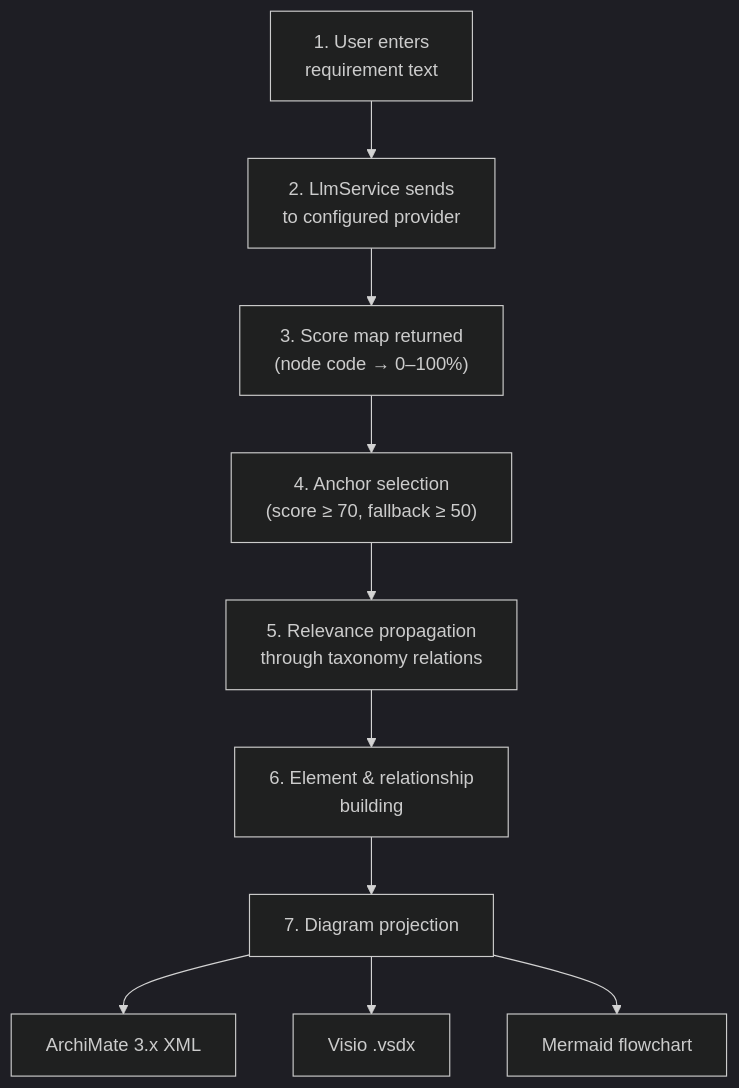
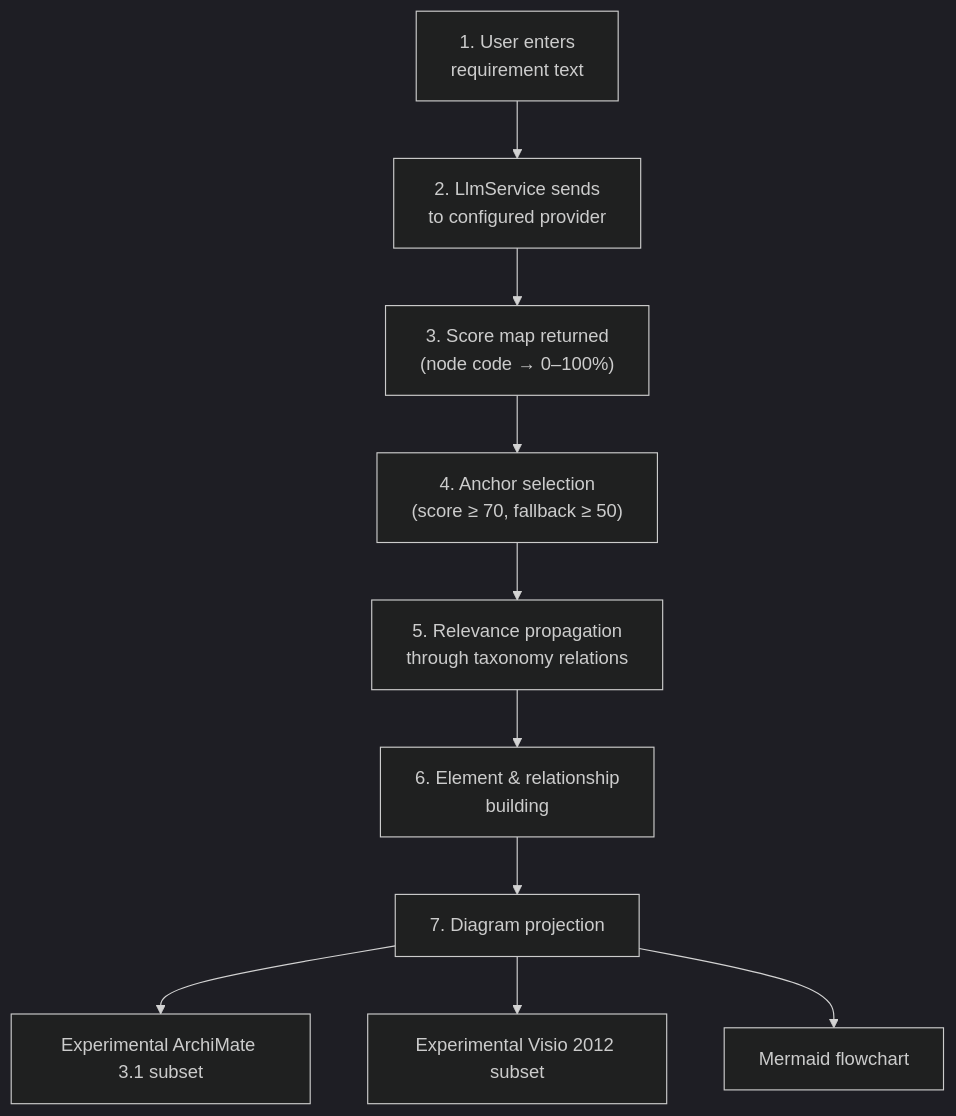
One commit to carstenartur/Taxonomy changed the second of 5 diagrams in docs/en/ARCHITECTURE.md. Above: the diagram before and after it, drawn with Mermaid (dark theme). The commit also changed other lines of this file and 7 other files, not shown here.

````diff
--- a/docs/en/ARCHITECTURE.md
+++ b/docs/en/ARCHITECTURE.md
@@ -120,12 +120,12 @@
 ```mermaid
 flowchart TD
     A["1. User enters<br/>requirement text"] --> B["2. LlmService sends<br/>to configured provider"]
     B --> C["3. Score map returned<br/>(node code → 0–100%)"]
     C --> D["4. Anchor selection<br/>(score ≥ 70, fallback ≥ 50)"]
     D --> E["5. Relevance propagation<br/>through taxonomy relations"]
     E --> F["6. Element & relationship<br/>building"]
     F --> G["7. Diagram projection"]
-    G --> H1["ArchiMate 3.x XML"]
-    G --> H2["Visio .vsdx"]
+    G --> H1["Experimental ArchiMate 3.1 subset"]
+    G --> H2["Experimental Visio 2012 subset"]
     G --> H3["Mermaid flowchart"]
 ```
````
